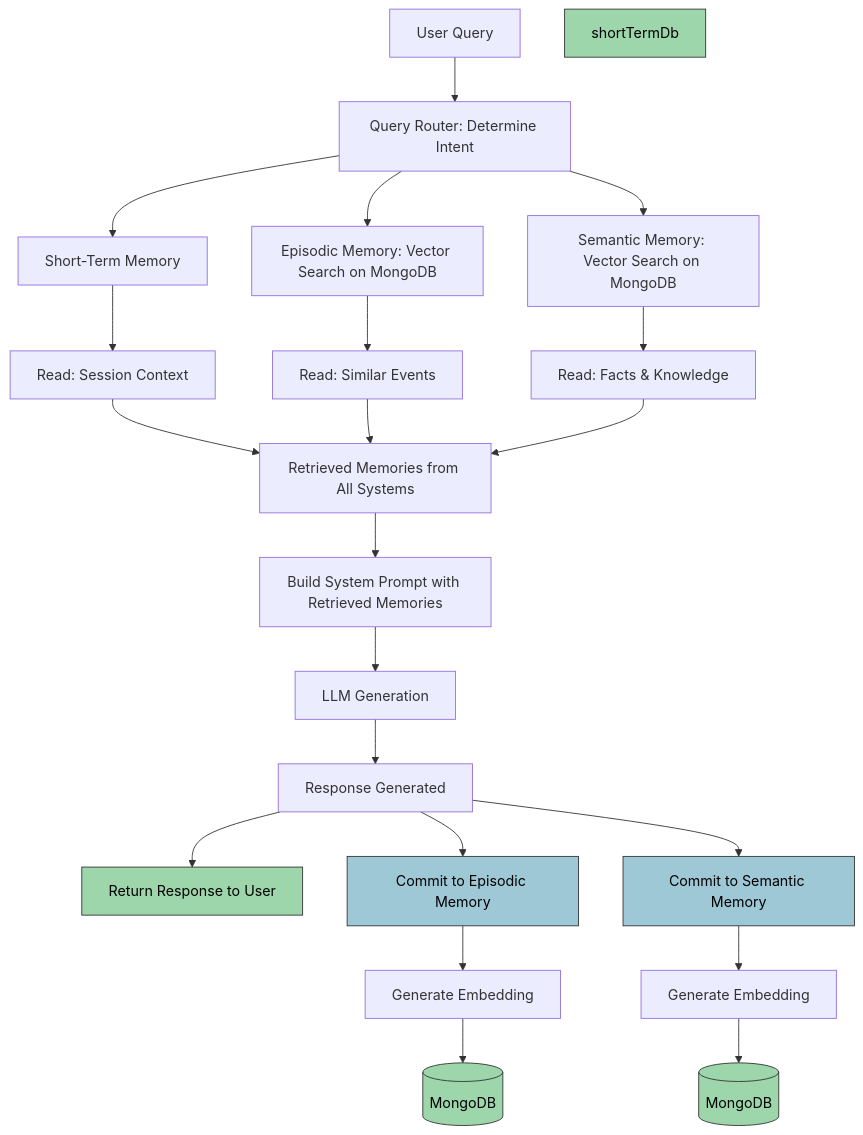
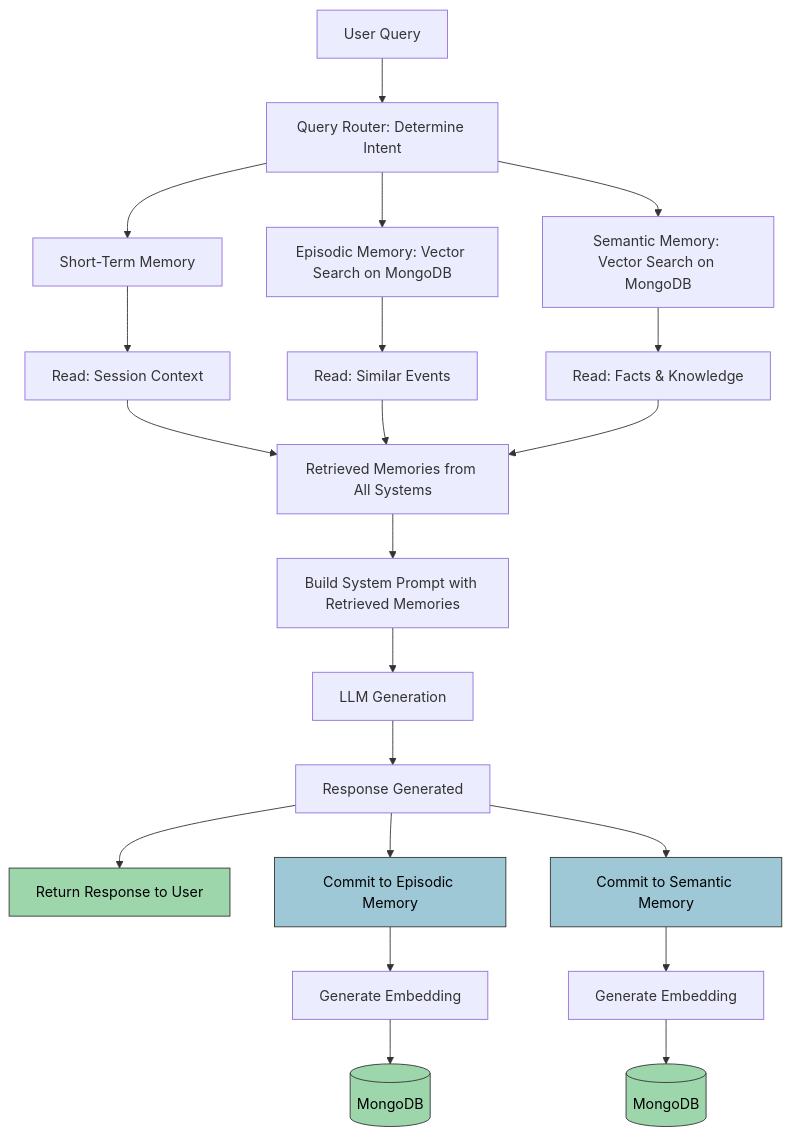
One commit to fullaware/pensive changed the diagram in README.md. Above: the diagram before and after it, drawn with Mermaid.

Commit message:
mermaid update

````diff
--- a/README.md
+++ b/README.md
@@ -28,36 +28,35 @@
 ```mermaid
 flowchart TD
   userQuery[User Query] --> router[Query Router: Determine Intent]
   router --> shortTerm[Short-Term Memory]
   router --> episodic[Episodic Memory: Vector Search on MongoDB]
   router --> semantic[Semantic Memory: Vector Search on MongoDB]
 
   shortTerm --> shortTermRead[Read: Session Context]
   episodic --> episodicRead[Read: Similar Events]
   semantic --> semanticRead[Read: Facts & Knowledge]
 
   shortTermRead --> queryResults[Retrieved Memories from All Systems]
   episodicRead --> queryResults
   semanticRead --> queryResults
 
   queryResults --> systemPrompt[Build System Prompt with Retrieved Memories]
   systemPrompt --> llm[LLM Generation]
   llm --> response[Response Generated]
 
   response --> userReturn[Return Response to User]
   
   response --> commitEpisodic[Commit to Episodic Memory]
   commitEpisodic --> episodicEmbed[Generate Embedding]
   episodicEmbed --> episodicDb[(MongoDB)]
   
   response --> commitSemantic[Commit to Semantic Memory]
   commitSemantic --> semanticEmbed[Generate Embedding]
   semanticEmbed --> semanticDb[(MongoDB)]
 
   style userReturn fill:#9ed6ac,stroke:#333, color:#000
-  style shortTermDb fill:#9ed6ac,stroke:#333, color:#000
   style episodicDb fill:#9ed6ac,stroke:#333, color:#000
   style semanticDb fill:#9ed6ac,stroke:#333, color:#000
   style commitEpisodic fill:#9ec8d6,stroke:#333, color:#000
   style commitSemantic fill:#9ec8d6,stroke:#333, color:#000
 ```
````
